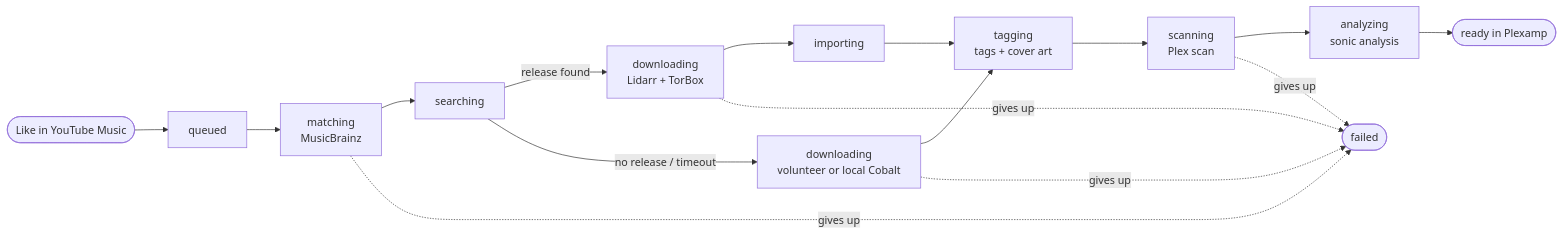
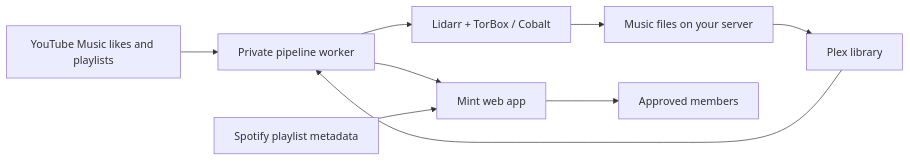
Before and after one commit to ChickenBone/mint: the diagram in README.md, drawn with Mermaid. The commit also changed other lines of this file and 20 other files, not shown here.

````diff
--- a/README.md
+++ b/README.md
@@ -265,11 +132,11 @@
 ```mermaid
 flowchart LR
-  like([Like in YouTube Music]) --> queued --> matching[matching<br/>MusicBrainz] --> searching
-  searching -- release found --> dl[downloading<br/>Lidarr + TorBox]
-  searching -- no release / timeout --> rip[downloading<br/>volunteer or local Cobalt]
-  dl --> importing
-  rip --> tagging
-  importing --> tagging[tagging<br/>tags + cover art]
-  tagging --> scanning[scanning<br/>Plex scan] --> analyzing[analyzing<br/>sonic analysis] --> ready([ready in Plexamp])
-  matching & dl & rip & scanning -. gives up .-> failed([failed])
+  yt[YouTube Music likes and playlists] --> worker[Private pipeline worker]
+  worker --> sources[Lidarr + TorBox / Cobalt]
+  sources --> files[Music files on your server]
+  files --> plex[Plex library]
+  plex --> worker
+  worker --> mint[Mint web app]
+  spotify[Spotify playlist metadata] --> mint
+  mint --> listener[Approved members]
 ```
````
